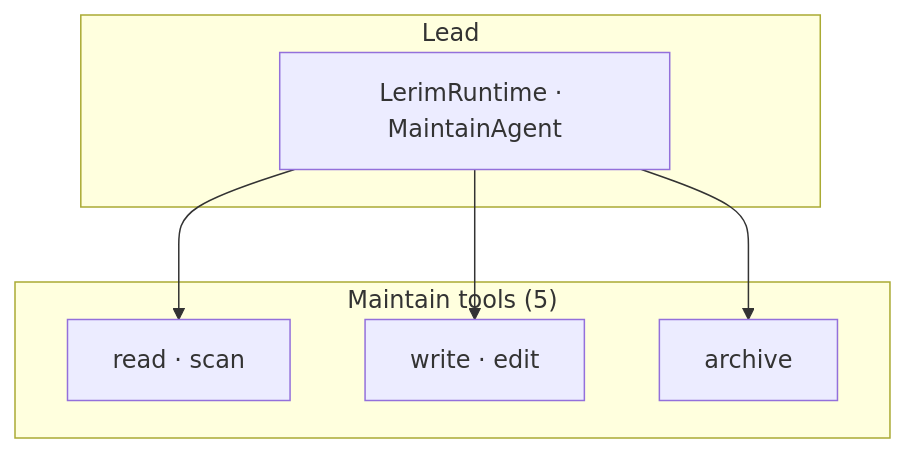
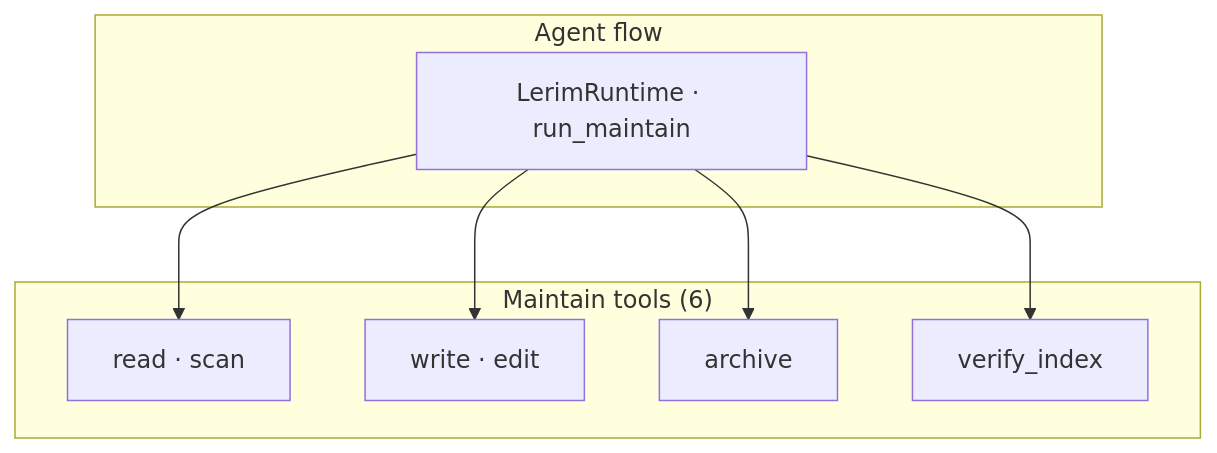
One commit to lerim-dev/lerim-cli changed the second of 2 diagrams in docs/index.md. Above: the diagram before and after it, drawn with Mermaid. The commit also changed other lines of this file and 27 other files, not shown here.

````diff
--- a/docs/index.md
+++ b/docs/index.md
@@ -208,14 +213,16 @@
 ```mermaid
 flowchart TB
-    subgraph lead_m["Lead"]
-        RT_m[LerimRuntime · MaintainAgent]
+    subgraph runtime_maintain["Agent flow"]
+        RT_m[LerimRuntime · run_maintain]
     end
-    subgraph maintainTools["Maintain tools (5)"]
+    subgraph maintainTools["Maintain tools (6)"]
         t2["read · scan"]
         wm2["write · edit"]
         ar[archive]
+        v2[verify_index]
     end
     RT_m --> t2
     RT_m --> wm2
     RT_m --> ar
+    RT_m --> v2
 ```
````
